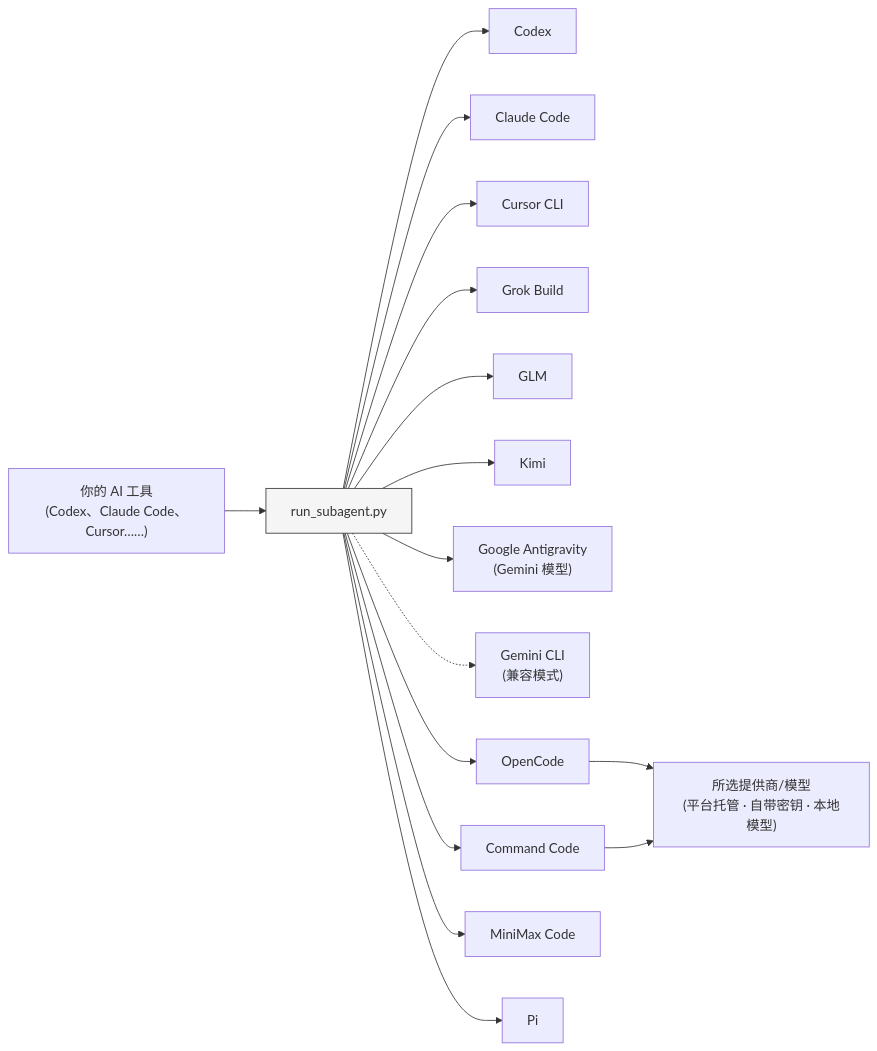
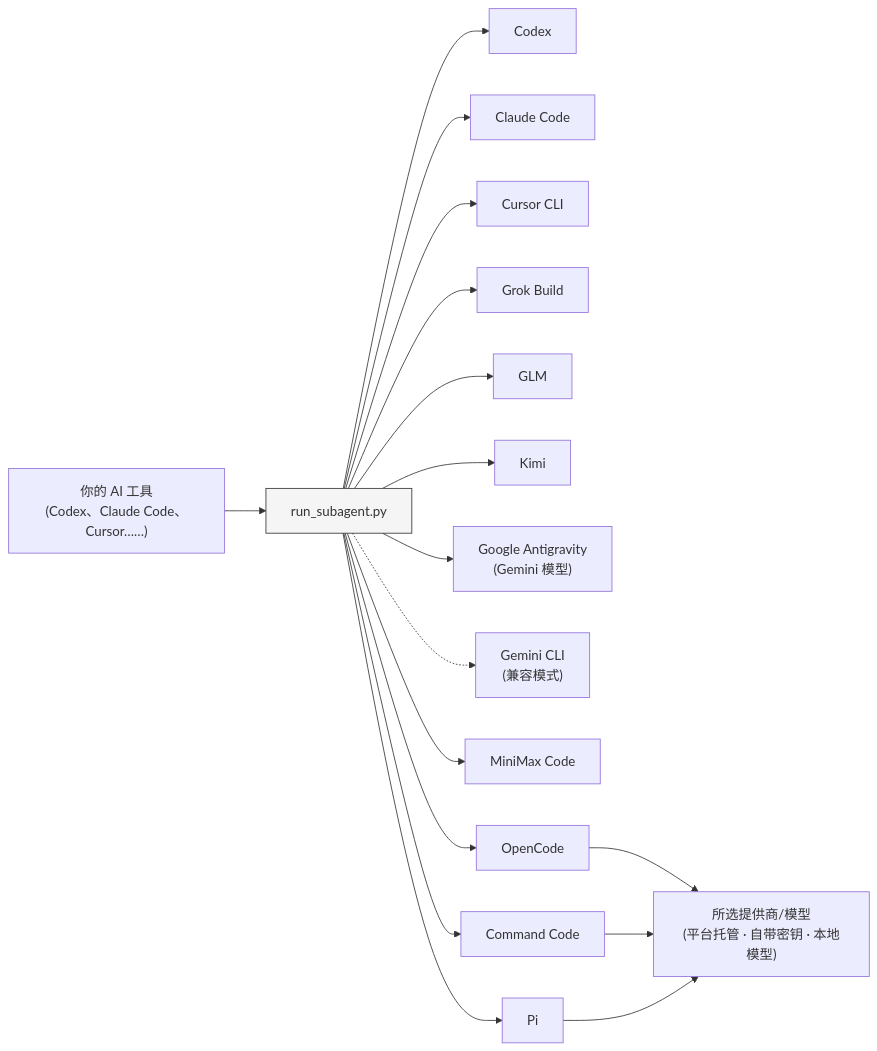
One commit to shinpr/sub-agents-skills changed the diagram in README.zh-CN.md. Above: the diagram before and after it, drawn with Mermaid. The commit also changed 4 other files, not shown here.

First line of the commit message:
docs: group backends by model source in the README diagram

````diff
--- a/README.zh-CN.md
+++ b/README.zh-CN.md
@@ -447,19 +447,20 @@
 ```mermaid
 graph LR
     A["你的 AI 工具<br/>(Codex、Claude Code、Cursor……)"] --> B["run_subagent.py"]
     B --> C["Codex"]
     B --> D["Claude Code"]
     B --> E["Cursor CLI"]
     B --> H["Grok Build"]
     B --> G["GLM"]
     B --> K["Kimi"]
     B --> F["Google Antigravity<br/>(Gemini 模型)"]
     B -.-> GM["Gemini CLI<br/>(兼容模式)"]
+    B --> MC["MiniMax Code"]
     B --> I["OpenCode"]
     B --> CC["Command Code"]
-    B --> MC["MiniMax Code"]
     B --> PI["Pi"]
     I --> J["所选提供商/模型<br/>(平台托管 · 自带密钥 · 本地模型)"]
     CC --> J
+    PI --> J
     style B fill:#f5f5f5,stroke:#333
 ```
````
